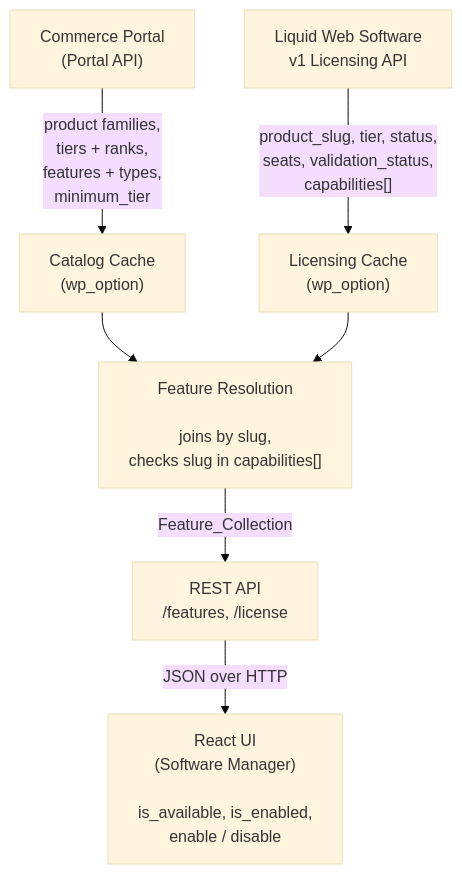
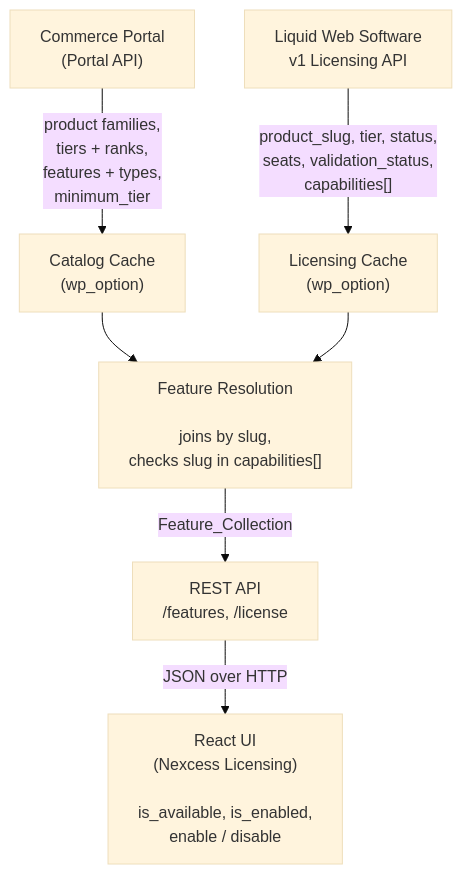
One commit to stellarwp/harbor changed the diagram in docs/harbor.md. Above: the diagram before and after it, drawn with Mermaid (base theme). The commit also changed other lines of this file and 20 other files, not shown here.

Commit message:
fix: call the license page Nexcess Licensing

````diff
--- a/docs/harbor.md
+++ b/docs/harbor.md
@@ -74,9 +74,9 @@
 ```mermaid
 flowchart TD
     CatalogAPI["Commerce Portal\n(Portal API)"] -->|"product families,\ntiers + ranks,\nfeatures + types,\nminimum_tier"| CatalogCache["Catalog Cache\n(wp_option)"]
     LicensingAPI["Liquid Web Software\nv1 Licensing API"] -->|"product_slug, tier, status,\nseats, validation_status,\ncapabilities[]"| LicensingCache["Licensing Cache\n(wp_option)"]
     CatalogCache --> Resolution["Feature Resolution\n\njoins by slug,\nchecks slug in capabilities[]"]
     LicensingCache --> Resolution
     Resolution -->|Feature_Collection| REST["REST API\n/features, /license"]
-    REST -->|JSON over HTTP| UI["React UI\n(Software Manager)\n\nis_available, is_enabled,\nenable / disable"]
+    REST -->|JSON over HTTP| UI["React UI\n(Nexcess Licensing)\n\nis_available, is_enabled,\nenable / disable"]
 ```
````
